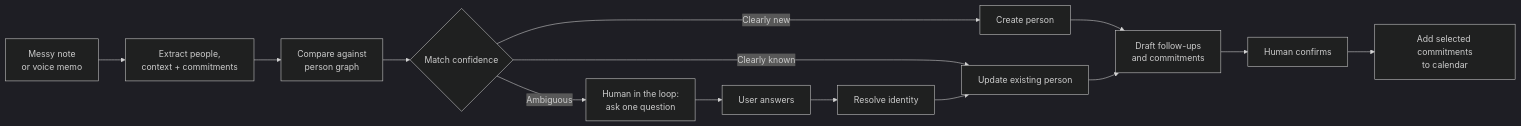
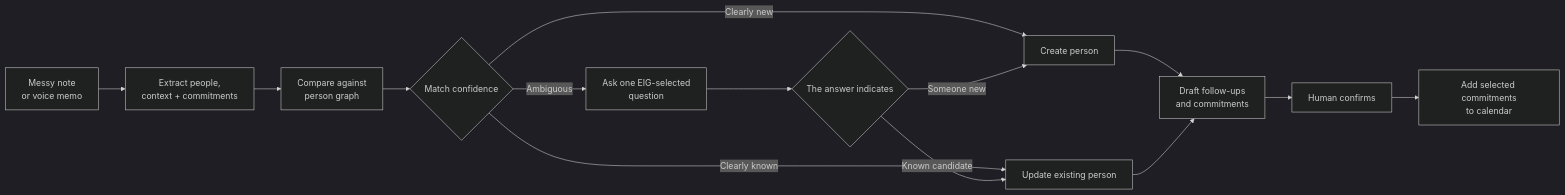
One commit to jiahuiiiii/Recall changed the first of 2 diagrams in WRITEUP.md. Above: the diagram before and after it, drawn with Mermaid (dark theme). The commit also changed other lines of this file, not shown here.

````diff
--- a/WRITEUP.md
+++ b/WRITEUP.md
@@ -54,16 +54,16 @@
 ```mermaid
 flowchart LR
     A["Messy note<br/>or voice memo"] --> B["Extract people,<br/>context + commitments"]
     B --> C["Compare against<br/>person graph"]
     C --> D{"Match confidence"}
     D -->|"Clearly new"| E["Create person"]
     D -->|"Clearly known"| F["Update existing person"]
-    D -->|"Ambiguous"| G["Human in the loop:<br/>ask one question"]
-    G --> H["User answers"]
-    H --> I["Resolve identity"]
-    I --> F
+    D -->|"Ambiguous"| G["Ask one EIG-selected<br/>question"]
+    G --> H{"The answer indicates"}
+    H -->|"Known candidate"| F
+    H -->|"Someone new"| E
     E --> J["Draft follow-ups<br/>and commitments"]
     F --> J
     J --> K["Human confirms"]
     K --> L["Add selected commitments<br/>to calendar"]
 ```
````
